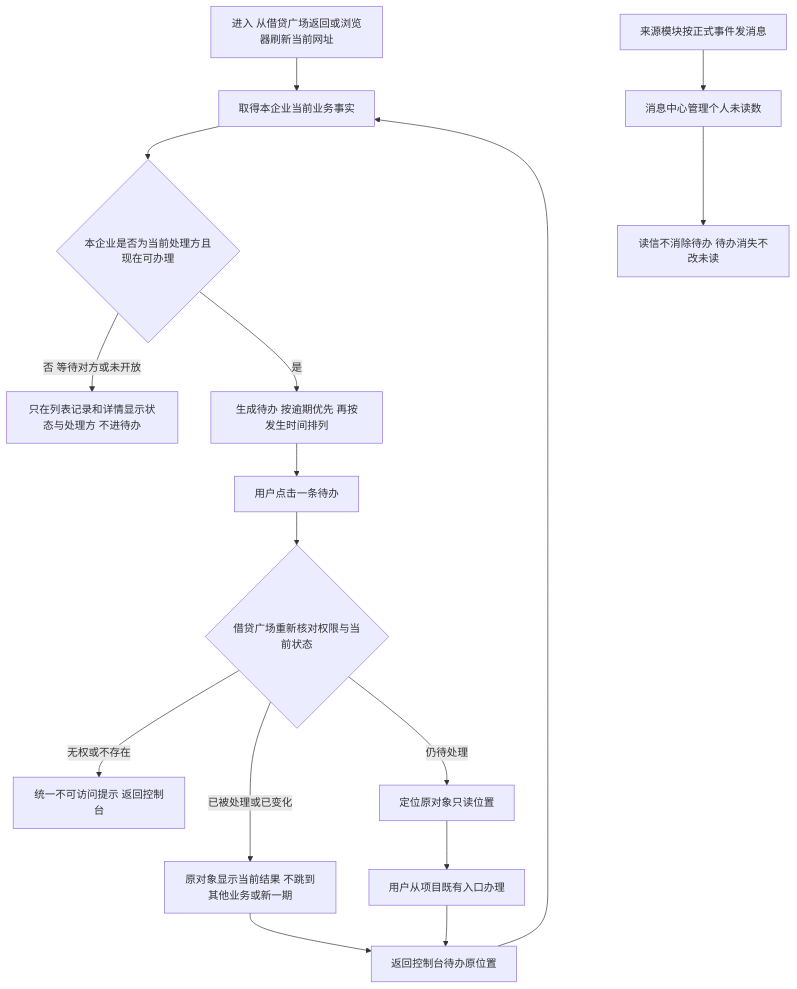
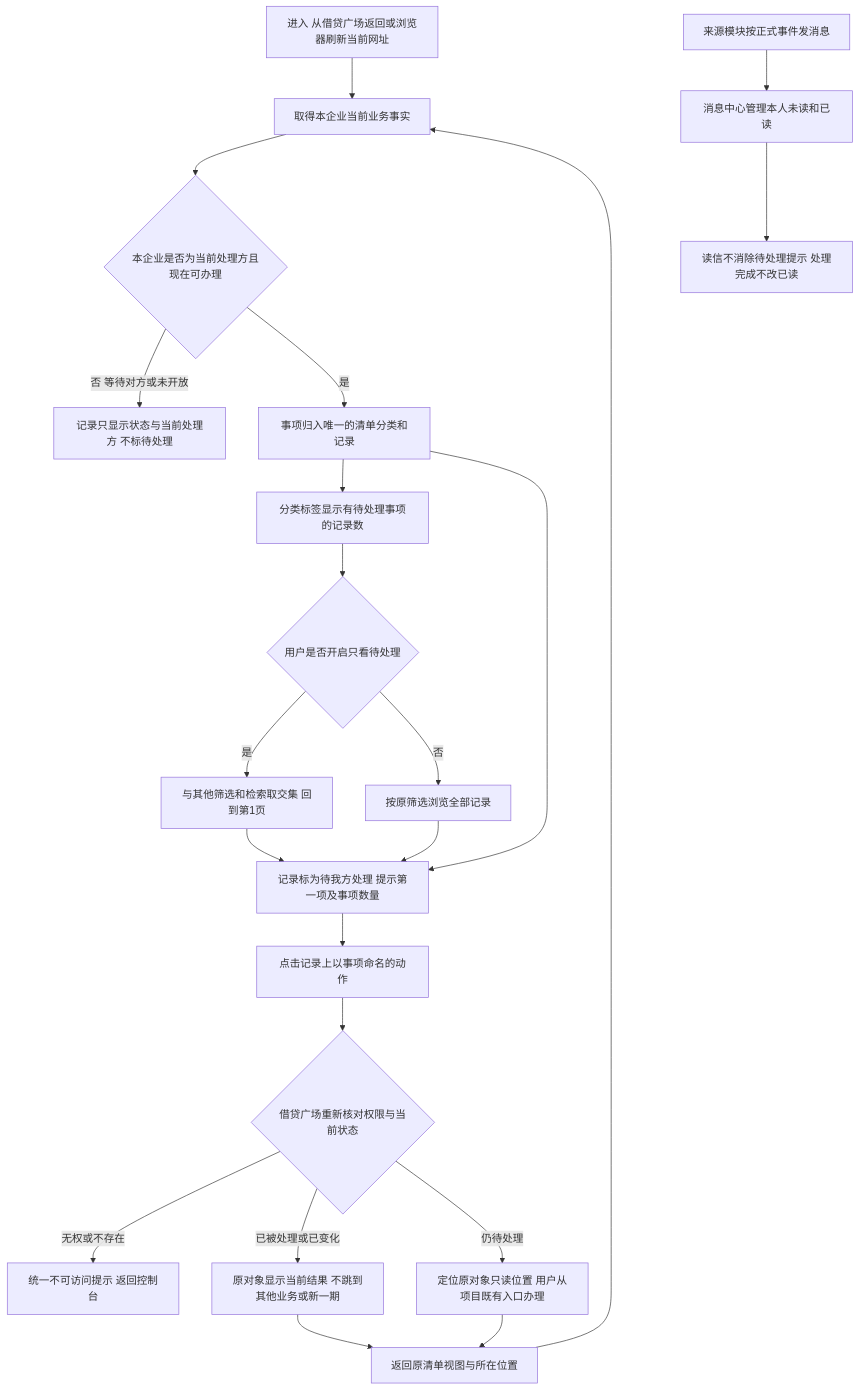
One commit to wxblockchain/Chain-Financing changed the third of 12 diagrams in lending-platform/PRD/面客端/09-我的控制台/02-我的控制台-流程图与状态机.md. Above: the diagram before and after it, drawn with Mermaid. The commit also changed other lines of this file and 11 other files, not shown here.

````diff
--- a/lending-platform/PRD/面客端/09-我的控制台/02-我的控制台-流程图与状态机.md
+++ b/lending-platform/PRD/面客端/09-我的控制台/02-我的控制台-流程图与状态机.md
@@ -92,18 +92,24 @@
 ```mermaid
 flowchart TD
   A[进入 从借贷广场返回或浏览器刷新当前网址] --> B[取得本企业当前业务事实]
   B --> C{本企业是否为当前处理方且现在可办理}
-  C -- 否 等待对方或未开放 --> D[只在列表记录和详情显示状态与处理方 不进待办]
-  C -- 是 --> E[生成待办 按逾期优先 再按发生时间排列]
-  E --> F[用户点击一条待办]
-  F --> G{借贷广场重新核对权限与当前状态}
-  G -- 无权或不存在 --> H[统一不可访问提示 返回控制台]
-  G -- 已被处理或已变化 --> I[原对象显示当前结果 不跳到其他业务或新一期]
-  G -- 仍待处理 --> J[定位原对象只读位置]
-  J --> K[用户从项目既有入口办理]
-  K --> L[返回控制台待办原位置]
-  I --> L
-  L --> B
-  M[来源模块按正式事件发消息] --> N[消息中心管理个人未读数]
-  N --> O[读信不消除待办 待办消失不改未读]
+  C -- 否 等待对方或未开放 --> D[记录只显示状态与当前处理方 不标待处理]
+  C -- 是 --> E[事项归入唯一的清单分类和记录]
+  E --> F[分类标签显示有待处理事项的记录数]
+  E --> G[记录标为待我方处理 提示第一项及事项数量]
+  F --> H{用户是否开启只看待处理}
+  H -- 是 --> I[与其他筛选和检索取交集 回到第1页]
+  H -- 否 --> J[按原筛选浏览全部记录]
+  I --> G
+  J --> G
+  G --> K[点击记录上以事项命名的动作]
+  K --> L{借贷广场重新核对权限与当前状态}
+  L -- 无权或不存在 --> M[统一不可访问提示 返回控制台]
+  L -- 已被处理或已变化 --> N[原对象显示当前结果 不跳到其他业务或新一期]
+  L -- 仍待处理 --> O[定位原对象只读位置 用户从项目既有入口办理]
+  O --> P[返回原清单视图与所在位置]
+  N --> P
+  P --> B
+  Q[来源模块按正式事件发消息] --> R[消息中心管理本人未读和已读]
+  R --> S[读信不消除待处理提示 处理完成不改已读]
 ```
````
